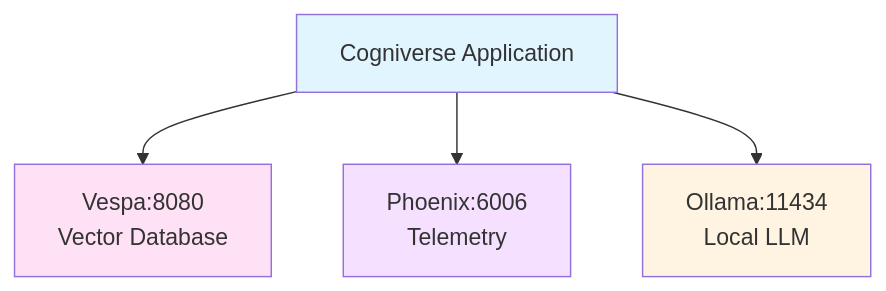
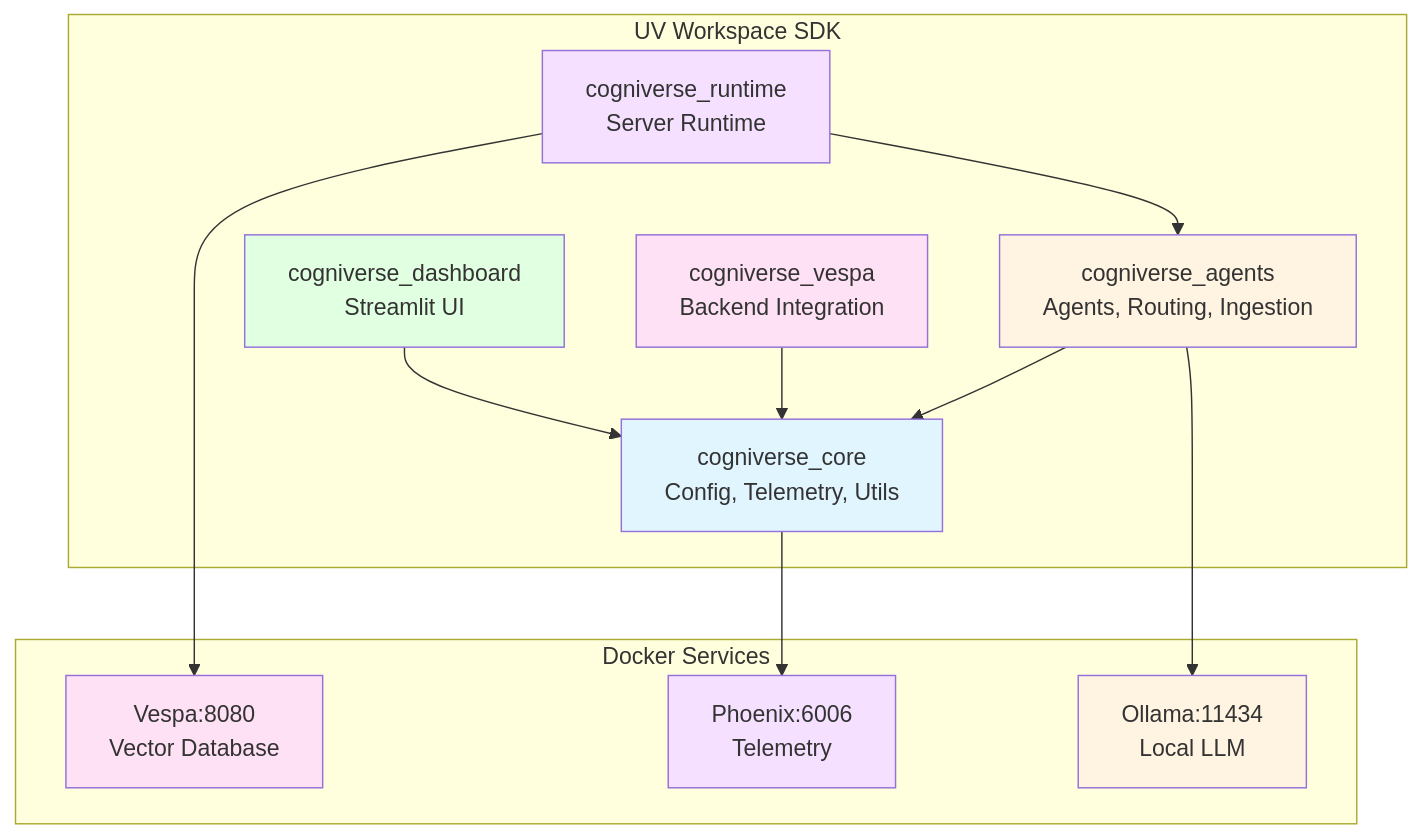
The diagram in docs/operations/setup-installation.md (amit-jain/cogniverse), drawn with Mermaid before and after one commit. The commit also changed other lines of this file and 25 other files, not shown here.

````diff
--- a/docs/operations/setup-installation.md
+++ b/docs/operations/setup-installation.md
@@ -93,16 +147,34 @@
 ```mermaid
 graph TB
-    App[Cogniverse Application]
-    Vespa[Vespa:8080<br/>Vector Database]
-    Phoenix[Phoenix:6006<br/>Telemetry]
-    Ollama[Ollama:11434<br/>Local LLM]
+    subgraph SDK[UV Workspace SDK]
+        Core[cogniverse_core<br/>Config, Telemetry, Utils]
+        Agents[cogniverse_agents<br/>Agents, Routing, Ingestion]
+        Vespa[cogniverse_vespa<br/>Backend Integration]
+        Runtime[cogniverse_runtime<br/>Server Runtime]
+        Dashboard[cogniverse_dashboard<br/>Streamlit UI]
+    end
 
-    App --> Vespa
-    App --> Phoenix
-    App --> Ollama
+    subgraph Services[Docker Services]
+        VespaDB[Vespa:8080<br/>Vector Database]
+        Phoenix[Phoenix:6006<br/>Telemetry]
+        Ollama[Ollama:11434<br/>Local LLM]
+    end
 
-    style App fill:#e1f5ff
+    Agents --> Core
+    Vespa --> Core
+    Runtime --> Agents
+    Dashboard --> Core
+
+    Runtime --> VespaDB
+    Core --> Phoenix
+    Agents --> Ollama
+
+    style Core fill:#e1f5ff
+    style Agents fill:#fff4e1
     style Vespa fill:#ffe1f5
+    style Runtime fill:#f5e1ff
+    style Dashboard fill:#e1ffe1
+    style VespaDB fill:#ffe1f5
     style Phoenix fill:#f5e1ff
     style Ollama fill:#fff4e1
 ```
````
